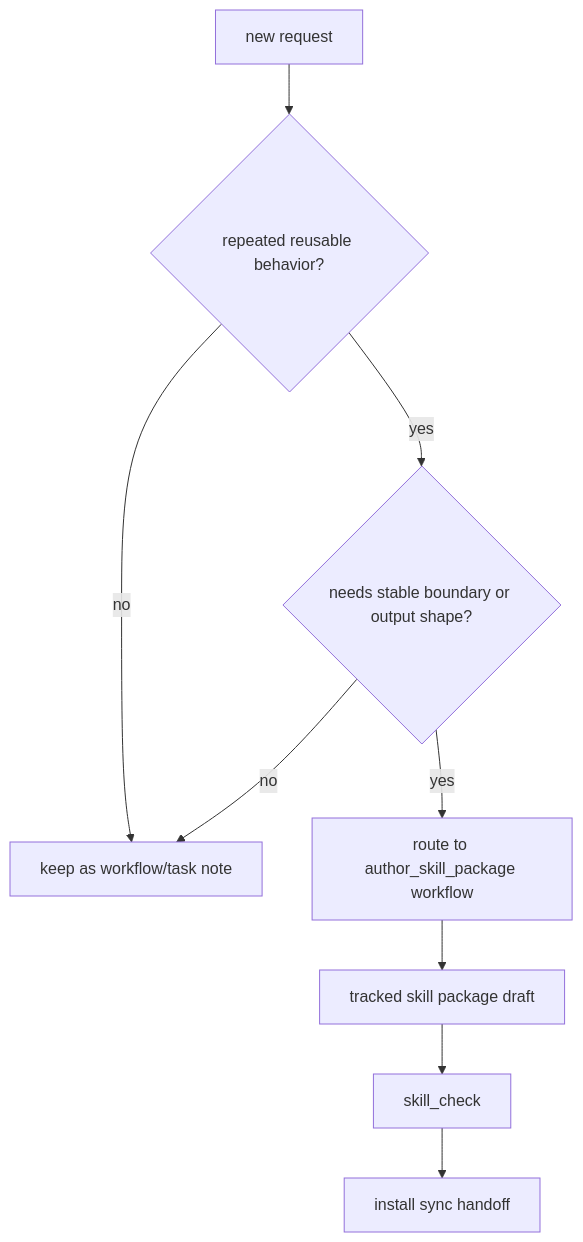
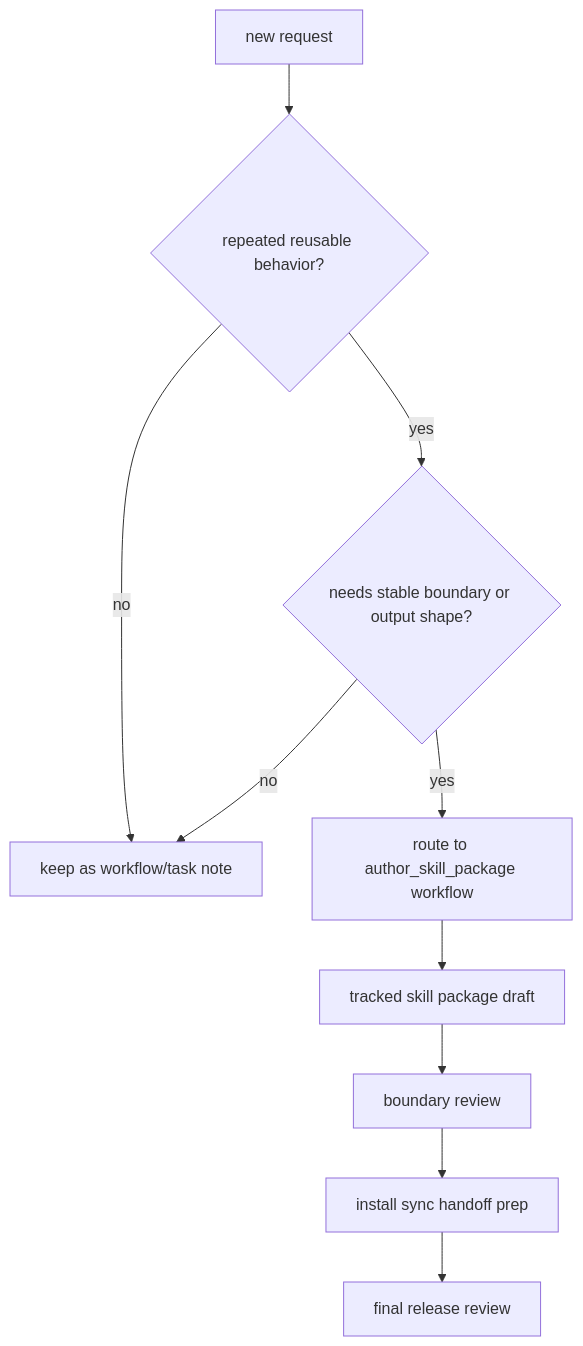
Before and after one commit to SungYongMOON/soulforge: the diagram in .workflow/authoring/SKILL_WORKFLOW_GUIDE.md, drawn with Mermaid. The commit also changed other lines of this file and 11 other files, not shown here.

````diff
--- a/.workflow/authoring/SKILL_WORKFLOW_GUIDE.md
+++ b/.workflow/authoring/SKILL_WORKFLOW_GUIDE.md
@@ -25,11 +25,12 @@
 ```mermaid
 flowchart TD
   R["new request"] --> Q{"repeated reusable behavior?"}
   Q -- no --> W["keep as workflow/task note"]
   Q -- yes --> B{"needs stable boundary or output shape?"}
   B -- no --> W
   B -- yes --> S["route to author_skill_package workflow"]
   S --> P["tracked skill package draft"]
-  P --> C["skill_check"]
-  C --> H["install sync handoff"]
+  P --> C["boundary review"]
+  C --> H["install sync handoff prep"]
+  H --> F["final release review"]
 ```
````
